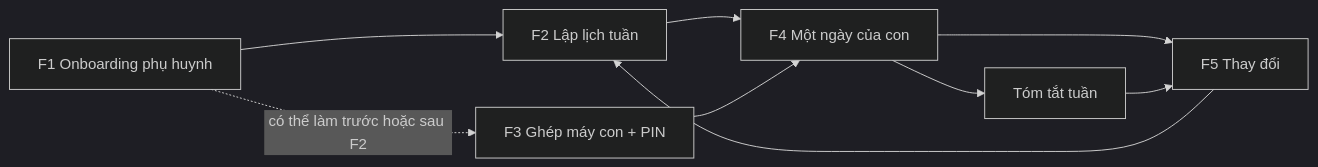
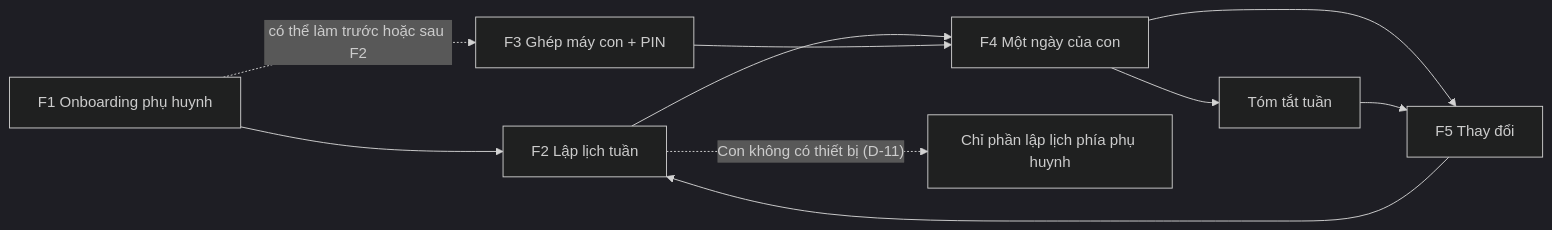
Before and after one commit to ChadNguyen1608/app-parent-pal: the first of 8 diagrams in app-design-document/04_User_Flow/User_Flow_04_1_Scheduling_Loop.md, drawn with Mermaid (dark theme). The commit also changed other lines of this file and 29 other files, not shown here.

First line of the commit message:
docs: user flow batch 2, MVP options, scheduling business logic, E1 spike v2

````diff
--- a/app-design-document/04_User_Flow/User_Flow_04_1_Scheduling_Loop.md
+++ b/app-design-document/04_User_Flow/User_Flow_04_1_Scheduling_Loop.md
@@ -80,11 +119,12 @@
 ```mermaid
 flowchart LR
   F1["F1 Onboarding phụ huynh"] --> F2["F2 Lập lịch tuần"]
   F1 -. "có thể làm trước hoặc sau F2" .-> F3["F3 Ghép máy con + PIN"]
   F2 --> F4["F4 Một ngày của con"]
   F3 --> F4
   F4 --> F4W["Tóm tắt tuần"]
   F4 --> F5["F5 Thay đổi"]
   F4W --> F5
   F5 --> F2
+  F2 -. "Con không có thiết bị (D-11)" .-> PO["Chỉ phần lập lịch phía phụ huynh"]
 ```
````
